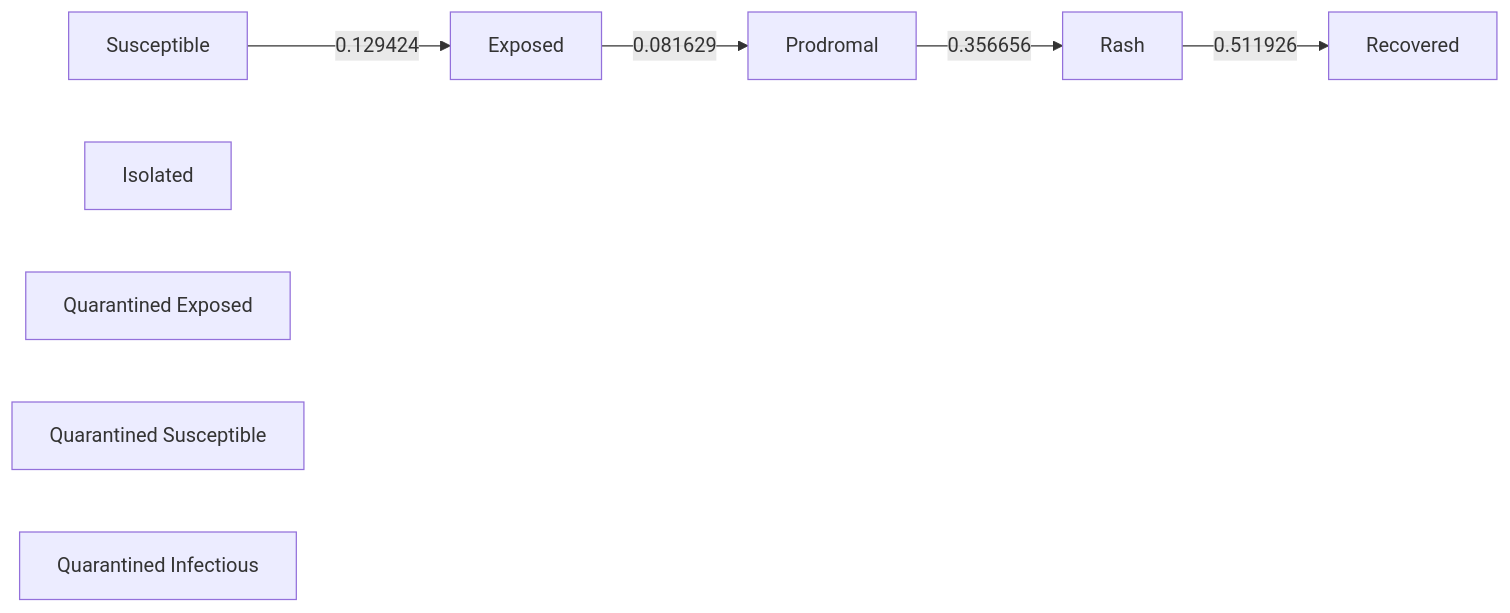
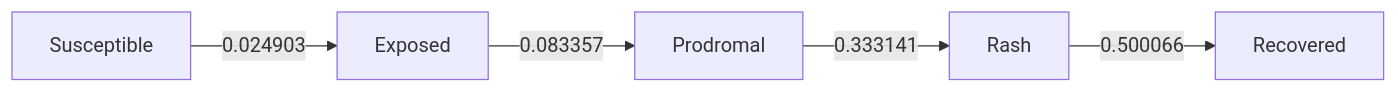
One commit to EpiForeSITE/epiworld-measles changed the diagram in school_quarantine/calibration.md. Above: the diagram before and after it, drawn with Mermaid. The commit also changed other lines of this file and 15 other files, not shown here.

````diff
--- a/school_quarantine/calibration.md
+++ b/school_quarantine/calibration.md
@@ -138,17 +138,13 @@
 ``` mermaid
 flowchart LR
-    s0[Susceptible]
-    s1[Exposed]
-    s2[Prodromal]
-    s3[Rash]
-    s4[Isolated]
-    s5[Quarantined Exposed]
-    s6[Quarantined Susceptible]
-    s7[Quarantined Infectious]
-    s8[Recovered]
-    s0 -->|0.129424| s1
-    s1 -->|0.081629| s2
-    s2 -->|0.356656| s3
-    s3 -->|0.511926| s8
+    s0[Exposed]
+    s1[Prodromal]
+    s2[Rash]
+    s3[Recovered]
+    s4[Susceptible]
+    s0 -->|0.083357| s1
+    s1 -->|0.333141| s2
+    s2 -->|0.500066| s3
+    s4 -->|0.024903| s0
 
 ```
````
